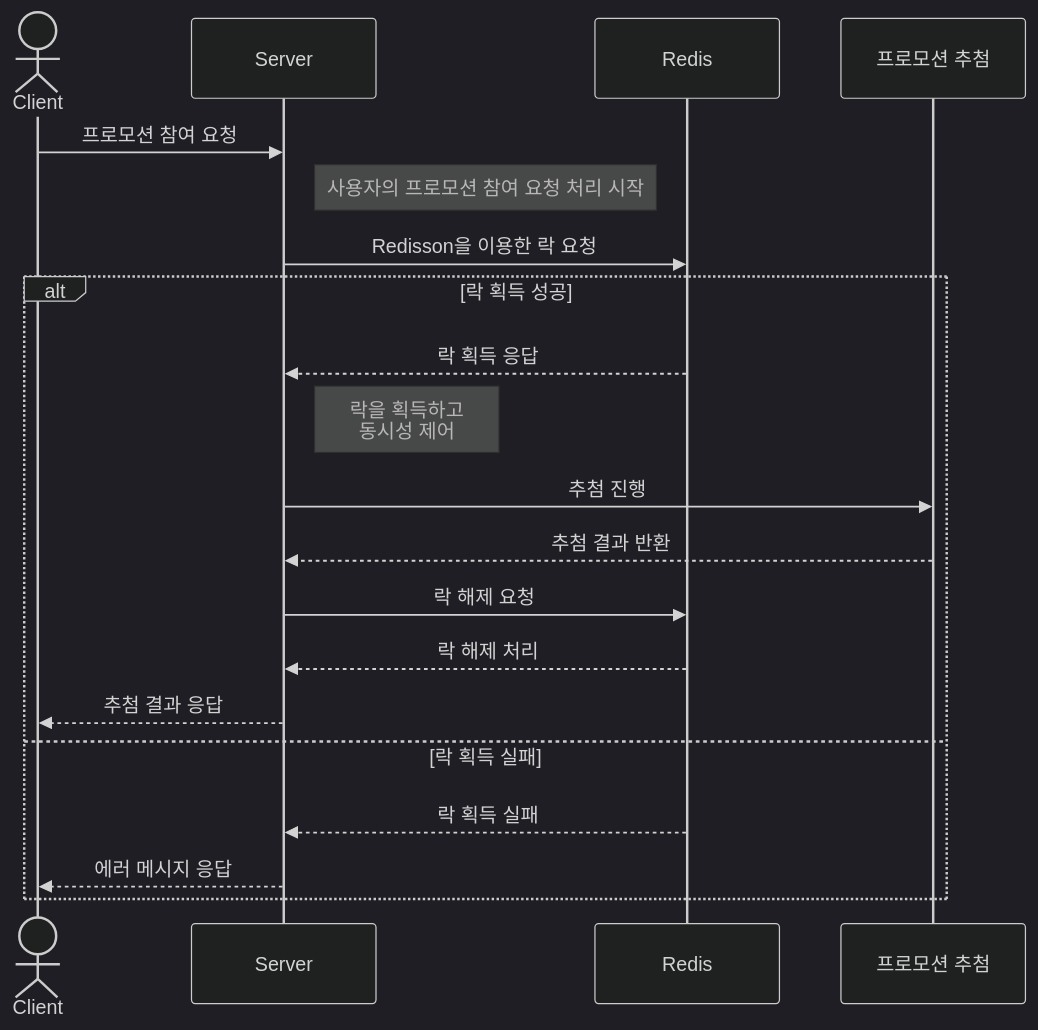
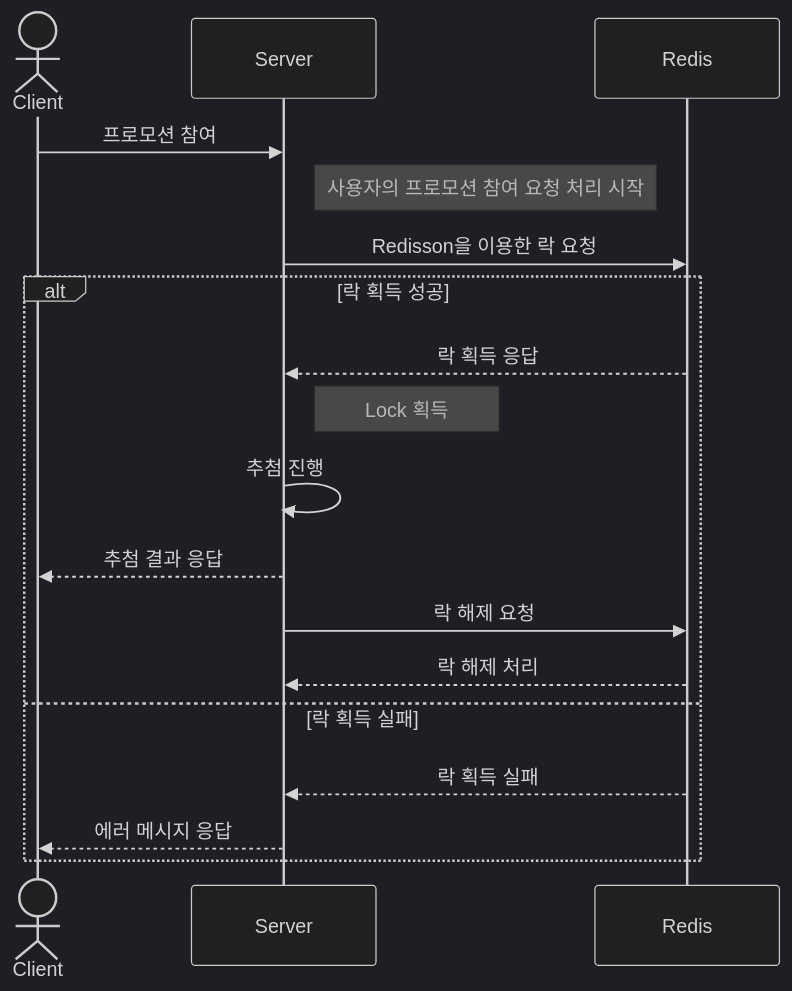
Before and after one commit to topyheun/promotion: the diagram in README.md, drawn with Mermaid (dark theme). The commit also changed other lines of this file, not shown here.

````diff
--- a/README.md
+++ b/README.md
@@ -35,23 +37,20 @@
 ```mermaid
 sequenceDiagram
     actor Client as Client
     participant Server as Server
     participant Redis as Redis
-    participant 추첨로직 as 프로모션 추첨
-    Client ->> Server: 프로모션 참여 요청
+    Client ->> Server: 프로모션 참여
     Note right of Server: 사용자의 프로모션 참여 요청 처리 시작
     Server ->> Redis: Redisson을 이용한 락 요청
     alt 락 획득 성공
         Redis -->> Server: 락 획득 응답
-        Note right of Server: 락을 획득하고<br/>동시성 제어
-        Server ->> 추첨로직: 추첨 진행
-        추첨로직 -->> Server: 추첨 결과 반환
+        Note right of Server: Lock 획득
+        Server ->> Server: 추첨 진행
+        Server -->> Client: 추첨 결과 응답
         Server ->> Redis: 락 해제 요청
         Redis -->> Server: 락 해제 처리
-        Server -->> Client: 추첨 결과 응답
     else 락 획득 실패
         Redis -->> Server: 락 획득 실패
         Server -->> Client: 에러 메시지 응답
     end
-
 ```
````
